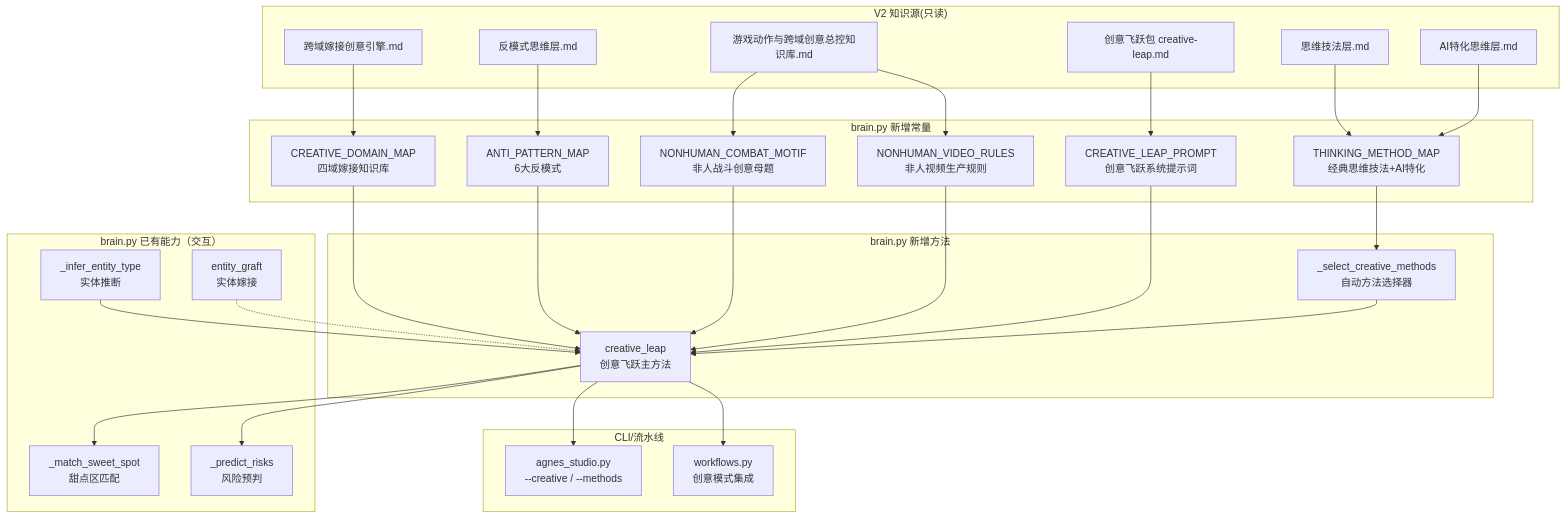
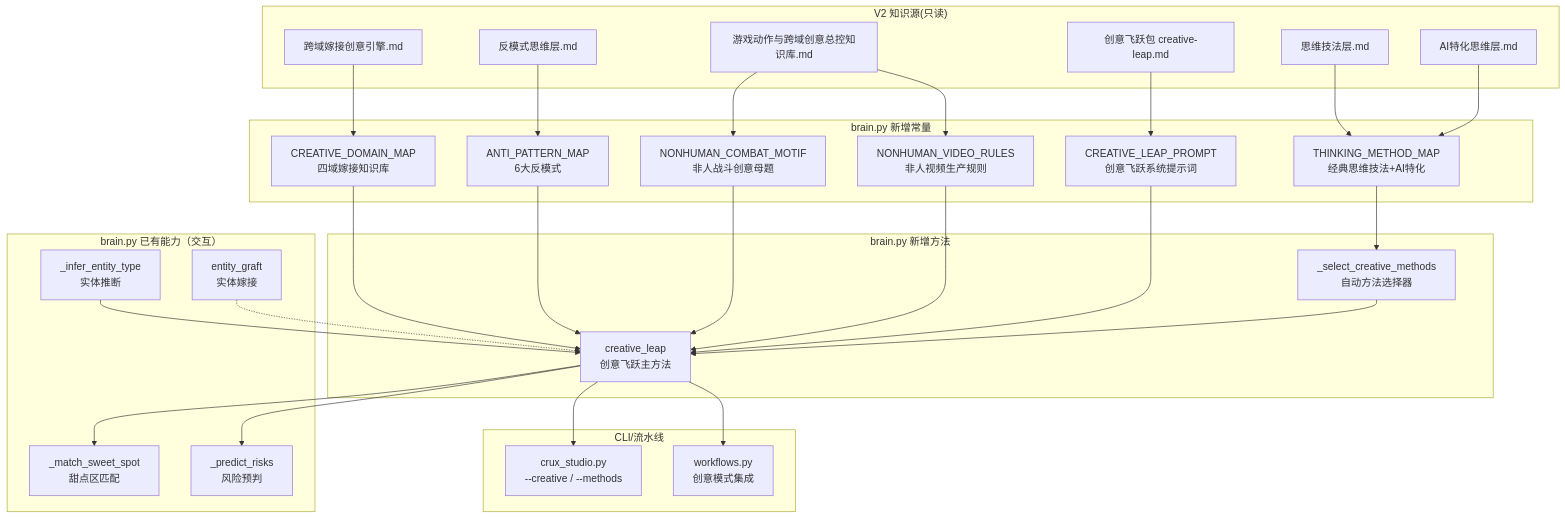
The diagram in docs/plan-transcendent-thinking-embed.md (hjiancheng9-art/agnes-smart-studio), drawn with Mermaid before and after one commit. The commit also changed other lines of this file and 143 other files, not shown here.

First line of the commit message:
rename: Agnes Smart Studio -> CRUX Studio v5.0.0 (full repo rebrand + badge/banner fixes)

````diff
--- a/docs/plan-transcendent-thinking-embed.md
+++ b/docs/plan-transcendent-thinking-embed.md
@@ -662,61 +662,61 @@
 ```mermaid
 graph TB
     subgraph "V2 知识源(只读)"
         V1[跨域嫁接创意引擎.md]
         V2[反模式思维层.md]
         V3[思维技法层.md]
         V4[AI特化思维层.md]
         V5[创意飞跃包 creative-leap.md]
         V6[游戏动作与跨域创意总控知识库.md]
     end
 
     subgraph "brain.py 新增常量"
         N1[CREATIVE_DOMAIN_MAP<br/>四域嫁接知识库]
         N2[ANTI_PATTERN_MAP<br/>6大反模式]
         N3[THINKING_METHOD_MAP<br/>经典思维技法+AI特化]
         N4[NONHUMAN_COMBAT_MOTIF<br/>非人战斗创意母题]
         N5[NONHUMAN_VIDEO_RULES<br/>非人视频生产规则]
         N6[CREATIVE_LEAP_PROMPT<br/>创意飞跃系统提示词]
     end
 
     subgraph "brain.py 新增方法"
         M1[creative_leap<br/>创意飞跃主方法]
         M2[_select_creative_methods<br/>自动方法选择器]
     end
 
     subgraph "brain.py 已有能力（交互）"
         E1[entity_graft<br/>实体嫁接]
         E2[_infer_entity_type<br/>实体推断]
         E3[_match_sweet_spot<br/>甜点区匹配]
         E4[_predict_risks<br/>风险预判]
     end
 
     subgraph "CLI/流水线"
-        C1[agnes_studio.py<br/>--creative / --methods]
+        C1[crux_studio.py<br/>--creative / --methods]
         C2[workflows.py<br/>创意模式集成]
     end
 
     V1 --> N1
     V2 --> N2
     V3 --> N3
     V4 --> N3
     V5 --> N6
     V6 --> N4
     V6 --> N5
 
     N1 --> M1
     N2 --> M1
     N3 --> M2
     N4 --> M1
     N5 --> M1
     N6 --> M1
     M2 --> M1
 
     M1 --> E3
     M1 --> E4
     E2 --> M1
     E1 -.-> M1
 
     M1 --> C1
     M1 --> C2
 ```
````
